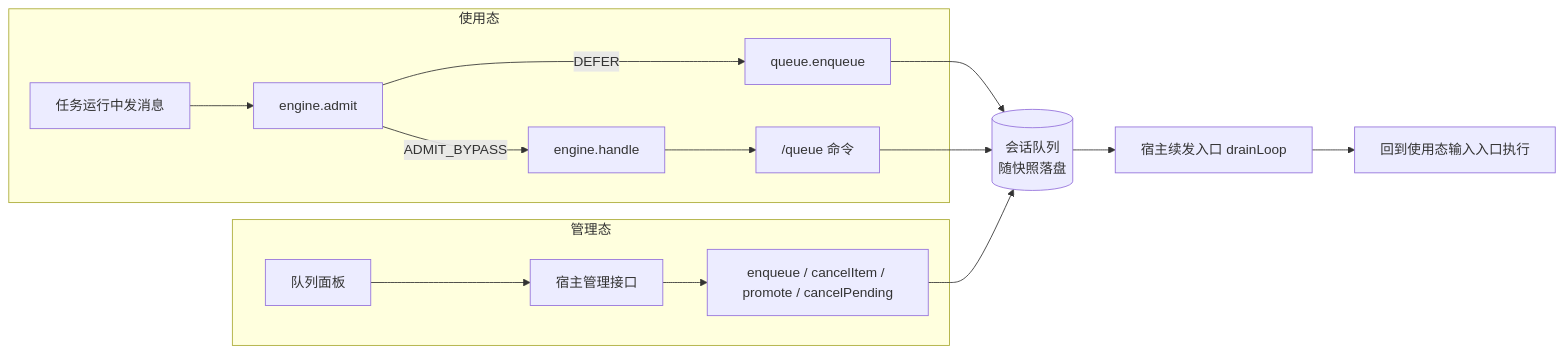
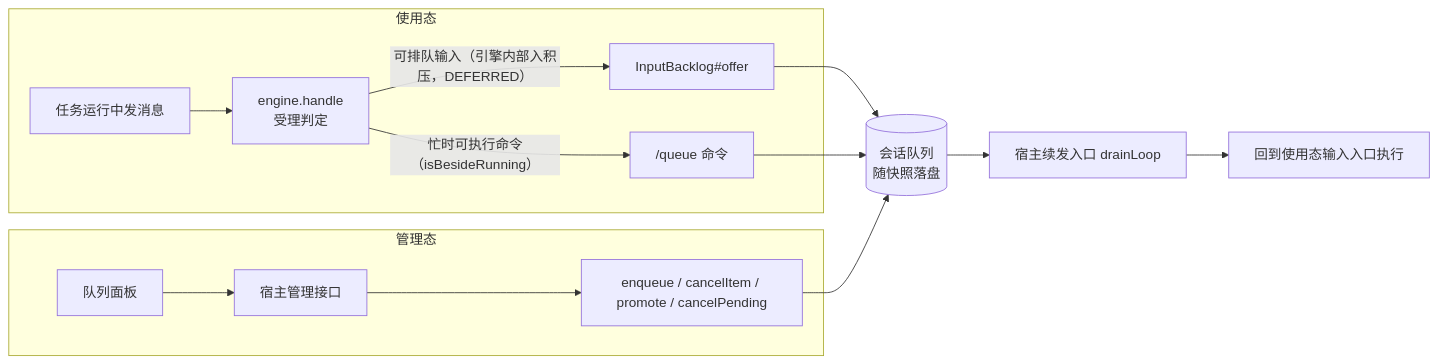
The second of 2 diagrams in solon-ai-harness-queue/README.md (opensolon/solon-ai), drawn with Mermaid before and after one commit. The commit also changed other lines of this file and 33 other files, not shown here.

Commit message:
重构：将受理判定收拢进 handle 第 0 步，占位随请求释放，移除对外 AdmitDecision；InputGate 移至包内；补充受理契约测试

````diff
--- a/solon-ai-harness-queue/README.md
+++ b/solon-ai-harness-queue/README.md
@@ -101,15 +105,15 @@
 ```mermaid
 flowchart LR
     subgraph 使用态
-        U1["任务运行中发消息"] --> A["engine.admit"]
-        A -- DEFER --> EQ1["queue.enqueue"]
-        A -- ADMIT_BYPASS --> H["engine.handle"] --> C["/queue 命令"]
+        U1["任务运行中发消息"] --> H["engine.handle<br/>受理判定"]
+        H -- "可排队输入（引擎内部入积压，DEFERRED）" --> EQ1["InputBacklog#offer"]
+        H -- "忙时可执行命令（isBesideRunning）" --> C["/queue 命令"]
     end
     subgraph 管理态
         U2["队列面板"] --> API["宿主管理接口"] --> EQ2["enqueue / cancelItem / promote / cancelPending"]
     end
     EQ1 --> Q[("会话队列<br/>随快照落盘")]
     C --> Q
     EQ2 --> Q
     Q --> D["宿主续发入口 drainLoop"] --> IN["回到使用态输入入口执行"]
 ```
````
